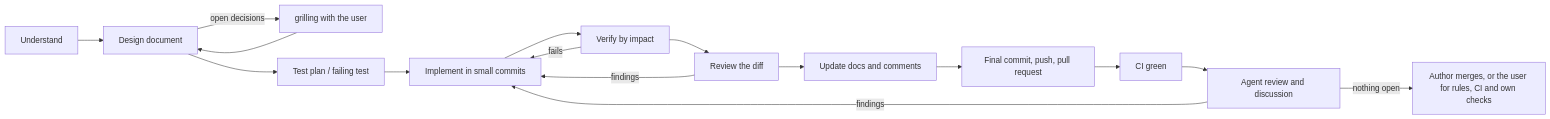
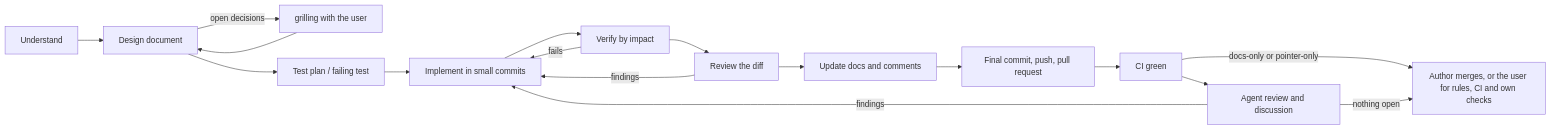
Before and after one commit to SMB-M87/Kinetra: the first of 3 diagrams in docs/workflow.md, drawn with Mermaid. The commit also changed other lines of this file and 10 other files, not shown here.

````diff
--- a/docs/workflow.md
+++ b/docs/workflow.md
@@ -25,18 +25,19 @@
 ```mermaid
 flowchart LR
     U[Understand] --> D[Design document]
     D -->|open decisions| G[grilling with the user]
     G --> D
     D --> T[Test plan / failing test]
     T --> I[Implement in small commits]
     I --> V[Verify by impact]
     V -->|fails| I
     V --> R[Review the diff]
     R -->|findings| I
     R --> Doc[Update docs and comments]
     Doc --> C[Final commit, push, pull request]
     C --> CI[CI green]
+    CI -->|docs-only or pointer-only| M
     CI --> AR[Agent review and discussion]
     AR -->|findings| I
     AR -->|nothing open| M[Author merges, or the user for rules, CI and own checks]
 ```
````
